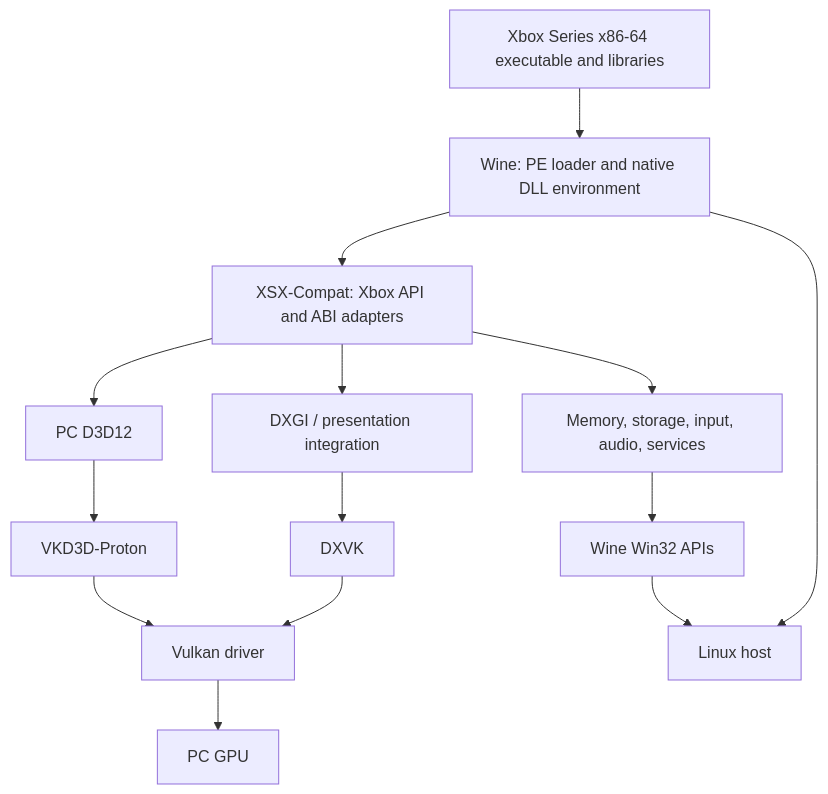
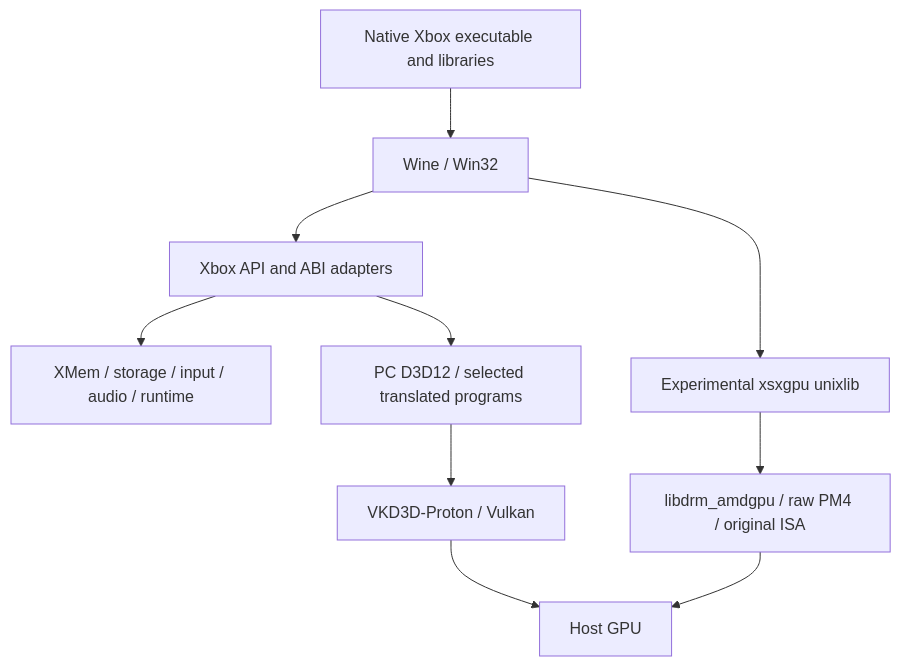
One commit to VladTop46/XSX-Compat changed the diagram in README.md. Above: the diagram before and after it, drawn with Mermaid. The commit also changed other lines of this file and 128 other files, not shown here.

````diff
--- a/README.md
+++ b/README.md
@@ -80,21 +46,12 @@
 ```mermaid
 flowchart TD
-    Game["Xbox Series x86-64 executable and libraries"]
-    Wine["Wine: PE loader and native DLL environment"]
-    Compat["XSX-Compat: Xbox API and ABI adapters"]
-    D3D["PC D3D12"]
-    VKD3D["VKD3D-Proton"]
-    DXGI["DXGI / presentation integration"]
-    DXVK["DXVK"]
-    Services["Memory, storage, input, audio, services"]
-    Win32["Wine Win32 APIs"]
-    Vulkan["Vulkan driver"]
-    GPU["PC GPU"]
-    Linux["Linux host"]
-
-    Game --> Wine --> Compat
-    Compat --> D3D --> VKD3D --> Vulkan --> GPU
-    Compat --> DXGI --> DXVK --> Vulkan
-    Compat --> Services --> Win32 --> Linux
-    Wine --> Linux
+    Game["Native Xbox executable and libraries"] --> Wine["Wine / Win32"]
+    Wine --> Compat["Xbox API and ABI adapters"]
+    Compat --> Services["XMem / storage / input / audio / runtime"]
+    Compat --> PC["PC D3D12 / selected translated programs"]
+    PC --> VKD3D["VKD3D-Proton / Vulkan"]
+    VKD3D --> GPU["Host GPU"]
+    Wine --> Unixlib["Experimental xsxgpu unixlib"]
+    Unixlib --> PM4["libdrm_amdgpu / raw PM4 / original ISA"]
+    PM4 --> GPU
 ```
````
